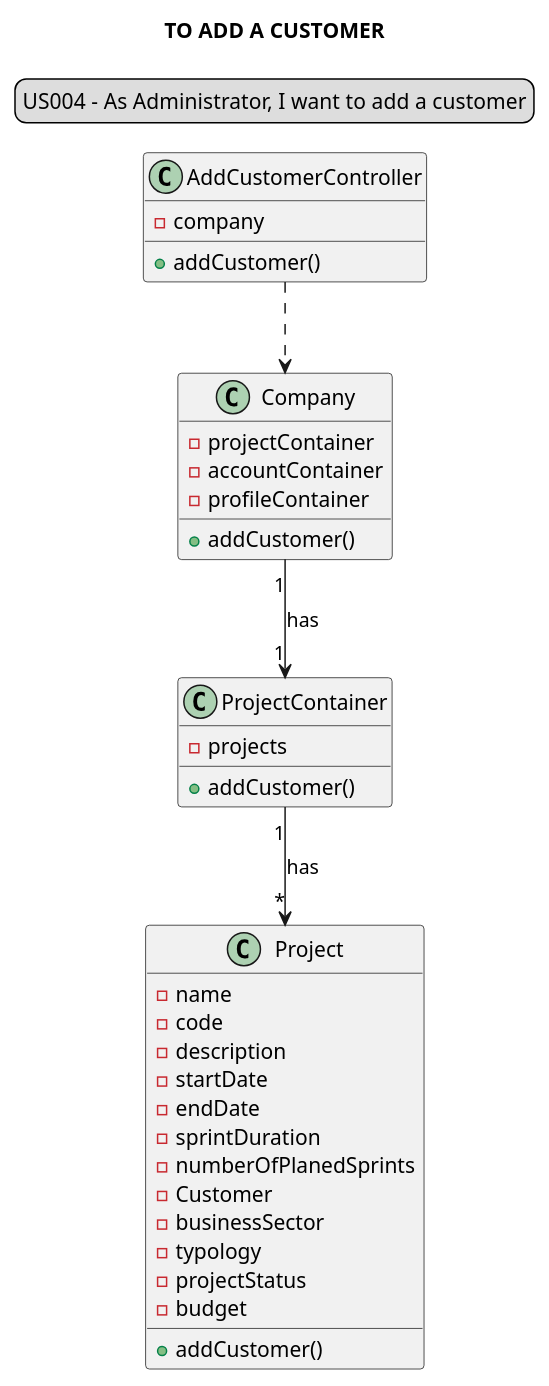
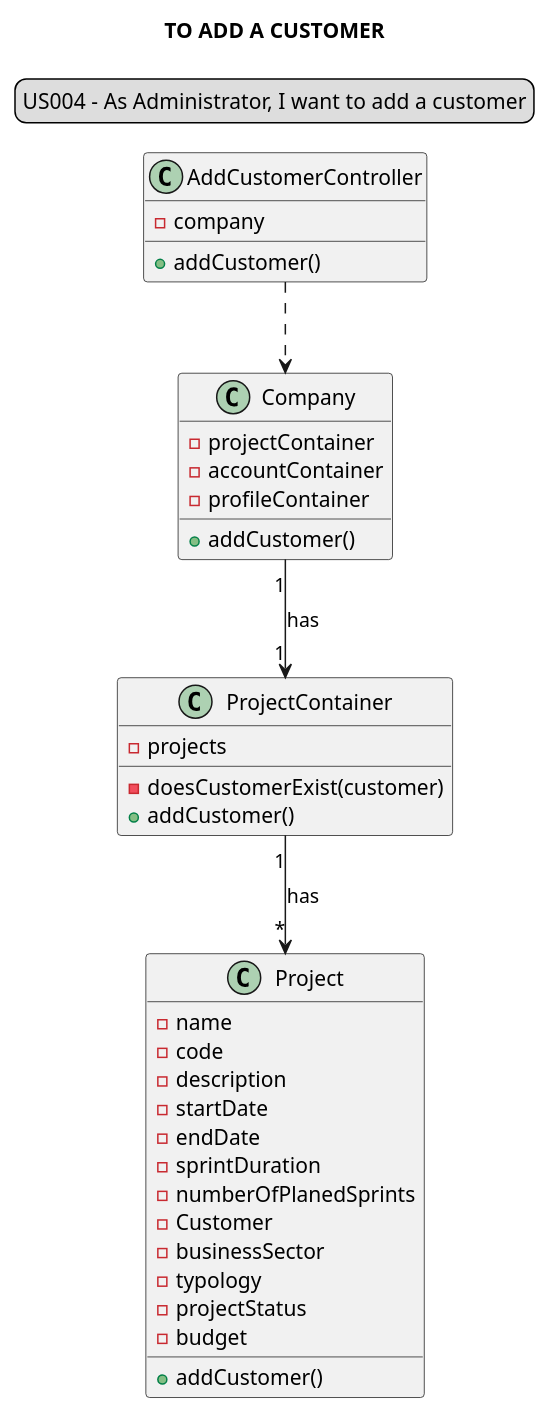
Before and after one commit to Loracline/project_switch_22-23: the diagram in docs/modelling_design/user_stories/us009/US009_classDiagram.puml, drawn with PlantUML. The commit also changed 2 other files, not shown here.

Commit message:
US009 : Design : refinement of class diagram and sequence diagram; and creation of System Sequence Diagram for US009.

```diff
--- a/docs/modelling_design/user_stories/us009/US009_classDiagram.puml
+++ b/docs/modelling_design/user_stories/us009/US009_classDiagram.puml
@@ -1,46 +1,47 @@
 @startuml
 
 skinparam sequenceMessageAlign center
 title TO ADD A CUSTOMER
 legend top
 US004 - As Administrator, I want to add a customer
 end legend
 
 class "AddCustomerController" {
 -company
 +addCustomer()
 }
 
 class "Company"{
 -projectContainer
 -accountContainer
 -profileContainer
 +addCustomer()
 
 }
 class "ProjectContainer"{
 -projects
+-doesCustomerExist(customer)
 +addCustomer()
 }
 
 class "Project"{
 -name
 -code
 -description
 -startDate
 -endDate
 -sprintDuration
 -numberOfPlanedSprints
 -Customer
 -businessSector
 -typology
 -projectStatus
 -budget
 +addCustomer()
 }
 
 "AddCustomerController" ..> "Company"
 "Company" "1"-->"1" "ProjectContainer": has
 "ProjectContainer" "1"-->"*" "Project": has
 
 @enduml
```
